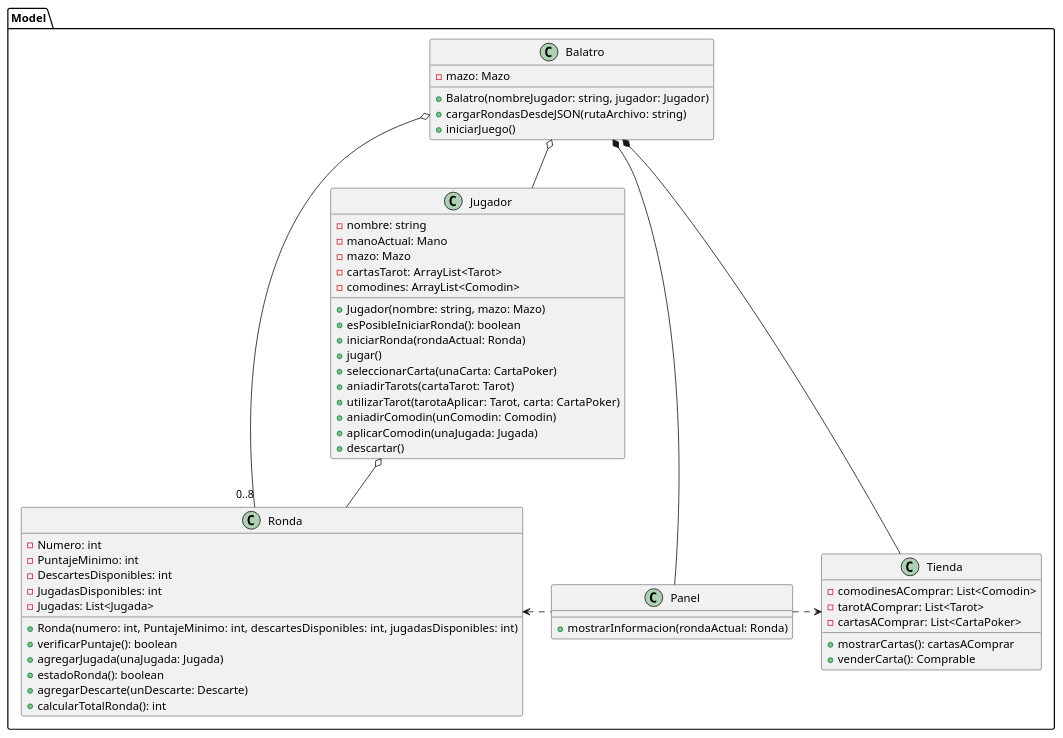
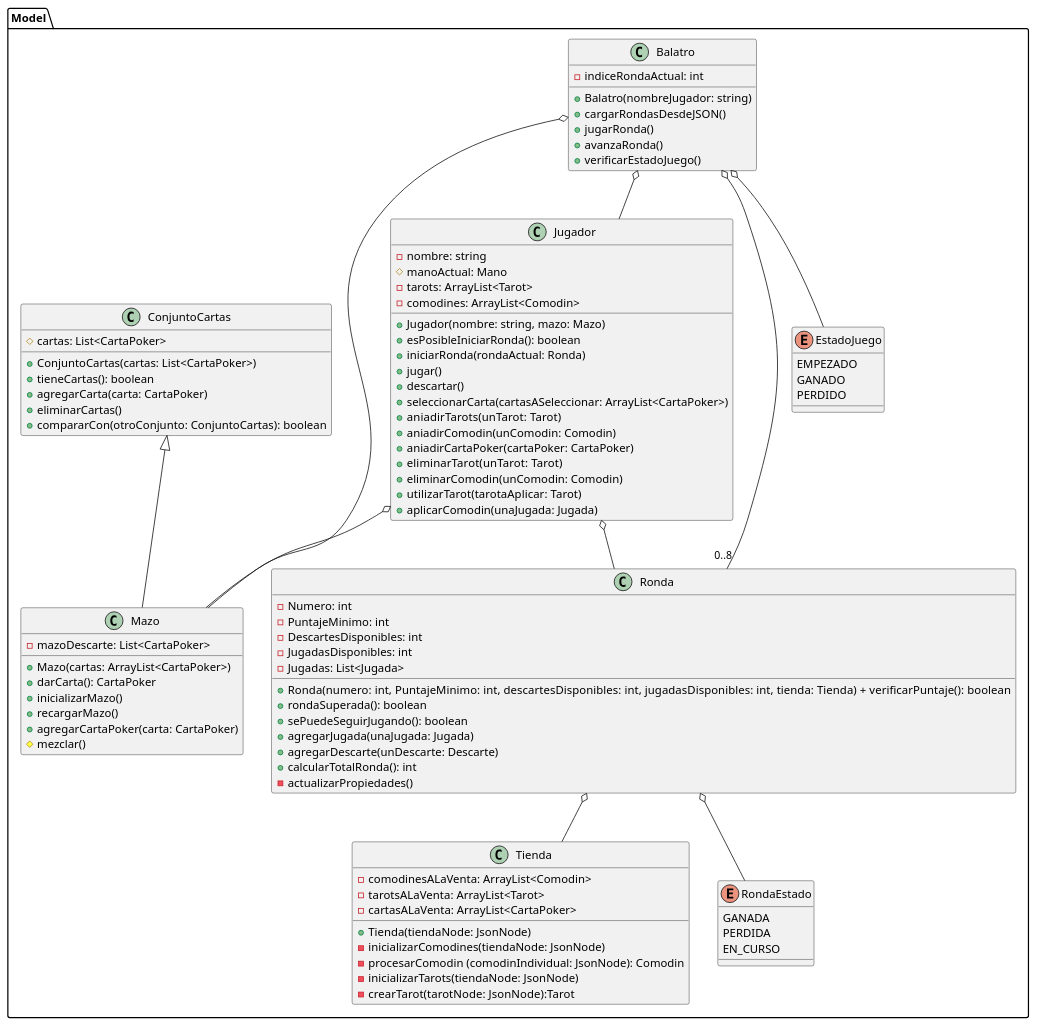
One commit to carruizdiaz1109/UBAlatro changed the diagram in diagrams/classes/clasesBalatro1.puml. Above: the diagram before and after it, drawn with PlantUML. The commit also changed 2 other files, not shown here.

Commit message:
actualizo diagrama de clase 1

```diff
--- a/diagrams/classes/clasesBalatro1.puml
+++ b/diagrams/classes/clasesBalatro1.puml
@@ -1,68 +1,110 @@
 @startuml
 
 package Model {
 
 class Balatro {
-    - mazo: Mazo
+    - indiceRondaActual: int
 
-    + Balatro(nombreJugador: string, jugador: Jugador)
-    +cargarRondasDesdeJSON(rutaArchivo: string)
-    + iniciarJuego()
+    + Balatro(nombreJugador: string)
+    + cargarRondasDesdeJSON()
+    + jugarRonda()
+    + avanzaRonda()
+    + verificarEstadoJuego()
 }
+
+class Mazo {
+   - mazoDescarte: List<CartaPoker>
+
+   + Mazo(cartas: ArrayList<CartaPoker>)
+   + darCarta(): CartaPoker
+   + inicializarMazo()
+   + recargarMazo()
+   + agregarCartaPoker(carta: CartaPoker)
+   # mezclar()
+}
+
+class ConjuntoCartas{
+   # cartas: List<CartaPoker>
+
+   + ConjuntoCartas(cartas: List<CartaPoker>)
+   + tieneCartas(): boolean
+   + agregarCarta(carta: CartaPoker)
+   + eliminarCartas()
+   + compararCon(otroConjunto: ConjuntoCartas): boolean
+}
+
 
 class Jugador {
     - nombre: string
-    - manoActual: Mano
-    - mazo: Mazo
-    - cartasTarot: ArrayList<Tarot>
+    # manoActual: Mano
+    - tarots: ArrayList<Tarot>
     - comodines: ArrayList<Comodin>
 
     + Jugador(nombre: string, mazo: Mazo)
     + esPosibleIniciarRonda(): boolean
     + iniciarRonda(rondaActual: Ronda)
     + jugar()
-    + seleccionarCarta(unaCarta: CartaPoker)
-    + aniadirTarots(cartaTarot: Tarot)
-    + utilizarTarot(tarotaAplicar: Tarot, carta: CartaPoker)
+    + descartar()
+    + seleccionarCarta(cartasASeleccionar: ArrayList<CartaPoker>)
+    + aniadirTarots(unTarot: Tarot)
     + aniadirComodin(unComodin: Comodin)
+    + aniadirCartaPoker(cartaPoker: CartaPoker)
+    + eliminarTarot(unTarot: Tarot)
+    + eliminarComodin(unComodin: Comodin)
+    + utilizarTarot(tarotaAplicar: Tarot)
     + aplicarComodin(unaJugada: Jugada)
-    + descartar()
 }
 
 class Tienda {
-    - comodinesAComprar: List<Comodin>
-    - tarotAComprar: List<Tarot>
-    - cartasAComprar: List<CartaPoker>
-    + mostrarCartas(): cartasAComprar
-    + venderCarta(): Comprable
+    - comodinesALaVenta: ArrayList<Comodin>
+    - tarotsALaVenta: ArrayList<Tarot>
+    - cartasALaVenta: ArrayList<CartaPoker>
+
+    + Tienda(tiendaNode: JsonNode)
+    - inicializarComodines(tiendaNode: JsonNode)
+    - procesarComodin (comodinIndividual: JsonNode): Comodin
+    - inicializarTarots(tiendaNode: JsonNode)
+    - crearTarot(tarotNode: JsonNode):Tarot
 }
 
 class Ronda {
     - Numero: int
     - PuntajeMinimo: int
     - DescartesDisponibles: int
     - JugadasDisponibles: int
     - Jugadas: List<Jugada>
 
-    + Ronda(numero: int, PuntajeMinimo: int, descartesDisponibles: int, jugadasDisponibles: int)
-    + verificarPuntaje(): boolean
+    + Ronda(numero: int, PuntajeMinimo: int, descartesDisponibles: int, jugadasDisponibles: int, tienda: Tienda)    + verificarPuntaje(): boolean
+    + rondaSuperada(): boolean
+    + sePuedeSeguirJugando(): boolean
     + agregarJugada(unaJugada: Jugada)
-    + estadoRonda(): boolean
     + agregarDescarte(unDescarte: Descarte)
     + calcularTotalRonda(): int
+    - actualizarPropiedades()
 }
 
-class Panel {
-    + mostrarInformacion(rondaActual: Ronda)
+enum EstadoJuego {
+    EMPEZADO
+    GANADO
+    PERDIDO
 }
 
+enum RondaEstado {
+        GANADA
+        PERDIDA
+        EN_CURSO
+}
+
+Balatro o-- "0..8" Ronda
 Balatro o-- Jugador
+Balatro o-- EstadoJuego
+Balatro o-- Mazo
+
+ConjuntoCartas <|-down- Mazo
+
 Jugador o-- Ronda
-Panel .left.> Ronda
-Balatro *-- Tienda
-Balatro o-- "0..8" Ronda
-Balatro *-- Panel
-Panel .right.> Tienda
-
+Jugador o-- Mazo
+Ronda o-- Tienda
+Ronda o-- RondaEstado
 }
 @enduml
```
